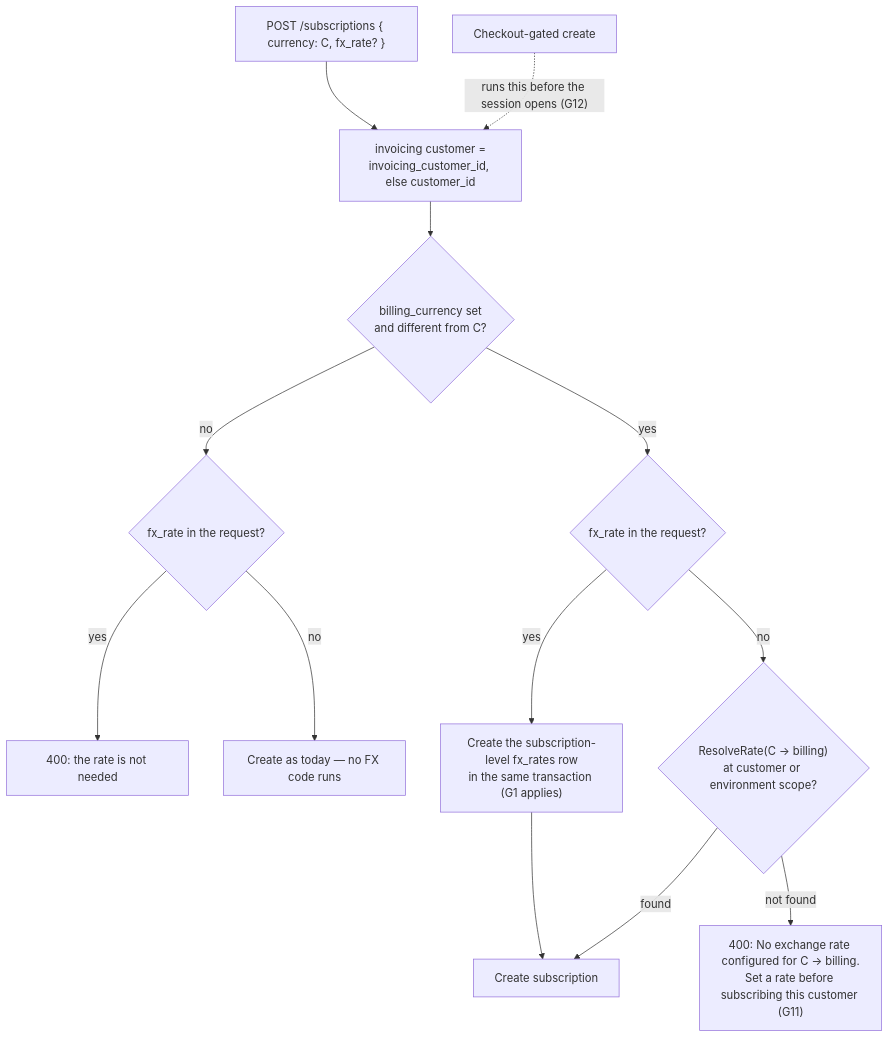
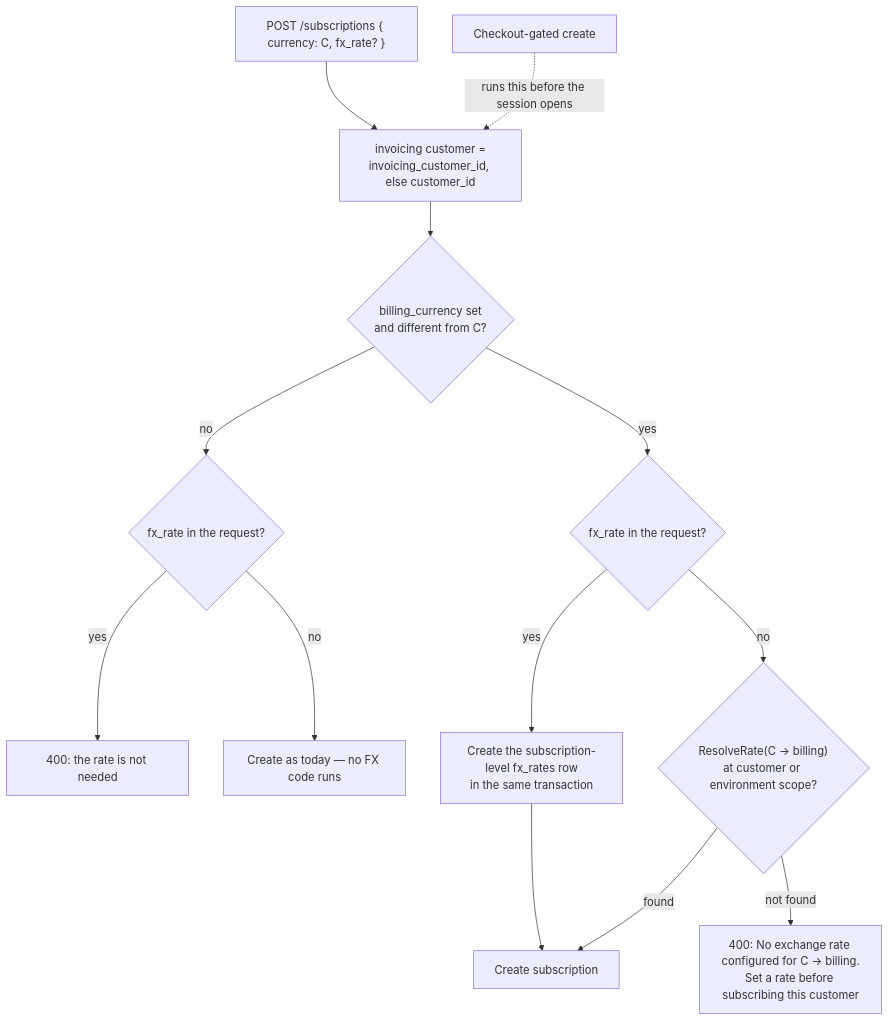
The sixth of 7 diagrams in docs/design/2026-09-26-FLE-1383-adaptive-multi-currency-phase1-erd.md (aghijap/flexprice-FLE-1411), drawn with Mermaid before and after one commit. The commit also changed other lines of this file and 1 other file, not shown here.

````diff
--- a/docs/design/2026-09-26-FLE-1383-adaptive-multi-currency-phase1-erd.md
+++ b/docs/design/2026-09-26-FLE-1383-adaptive-multi-currency-phase1-erd.md
@@ -758,14 +667,14 @@
 ```mermaid
 flowchart TD
     A["POST /subscriptions { currency: C, fx_rate? }"] --> IC["invoicing customer =<br/>invoicing_customer_id, else customer_id"]
     IC --> B{"billing_currency set<br/>and different from C?"}
     B -- no --> FX{"fx_rate in the request?"}
     FX -- yes --> RJ0["400: the rate is not needed"]
     FX -- no --> CREATE["Create as today — no FX code runs"]
     B -- yes --> INL{"fx_rate in the request?"}
-    INL -- yes --> ROW["Create the subscription-level fx_rates row<br/>in the same transaction (G1 applies)"] --> CREATE2["Create subscription"]
+    INL -- yes --> ROW["Create the subscription-level fx_rates row<br/>in the same transaction"] --> CREATE2["Create subscription"]
     INL -- no --> RES{"ResolveRate(C → billing)<br/>at customer or environment scope?"}
     RES -- found --> CREATE2
-    RES -- "not found" --> RJ["400: No exchange rate configured for C → billing.<br/>Set a rate before subscribing this customer (G11)"]
-    CK["Checkout-gated create"] -. "runs this before the session opens (G12)" .-> IC
+    RES -- "not found" --> RJ["400: No exchange rate configured for C → billing.<br/>Set a rate before subscribing this customer"]
+    CK["Checkout-gated create"] -. "runs this before the session opens" .-> IC
 ```
````
